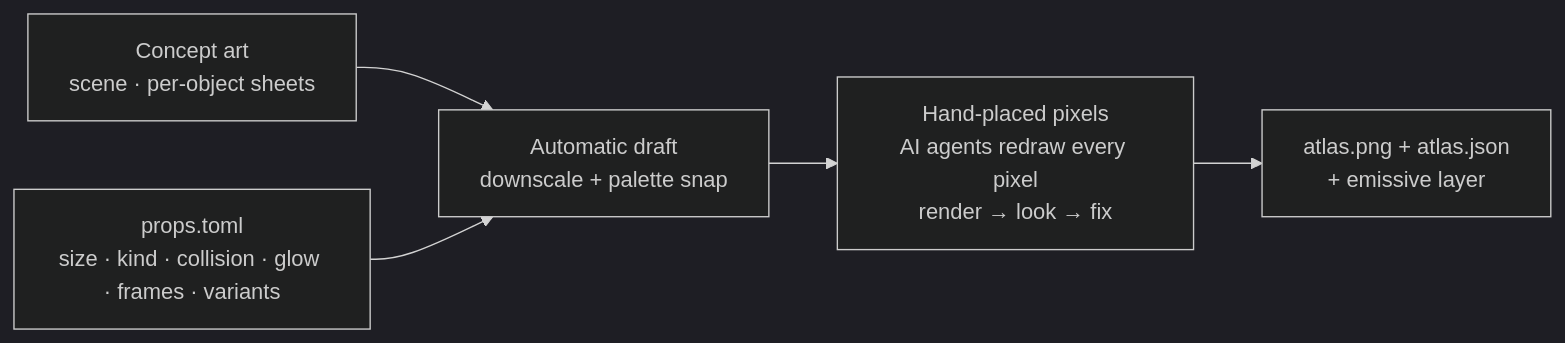
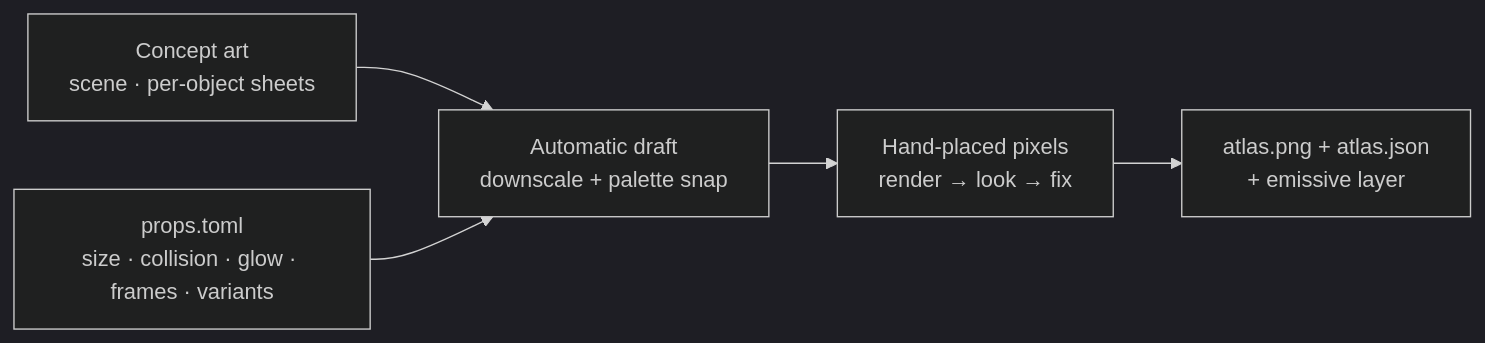
Before and after one commit to schlessera/character-generation: the second of 4 diagrams in README.md, drawn with Mermaid (dark theme). The commit also changed other lines of this file and 1 other file, not shown here.

````diff
--- a/README.md
+++ b/README.md
@@ -233,7 +255,7 @@
 ```mermaid
 flowchart LR
     C["Concept art<br/>scene · per-object sheets"] --> D["Automatic draft<br/>downscale + palette snap"]
-    M["props.toml<br/>size · kind · collision · glow · frames · variants"] --> D
-    D --> H["Hand-placed pixels<br/>AI agents redraw every pixel<br/>render → look → fix"]
+    M["props.toml<br/>size · collision · glow · frames · variants"] --> D
+    D --> H["Hand-placed pixels<br/>render → look → fix"]
     H --> A["atlas.png + atlas.json<br/>+ emissive layer"]
 ```
````
